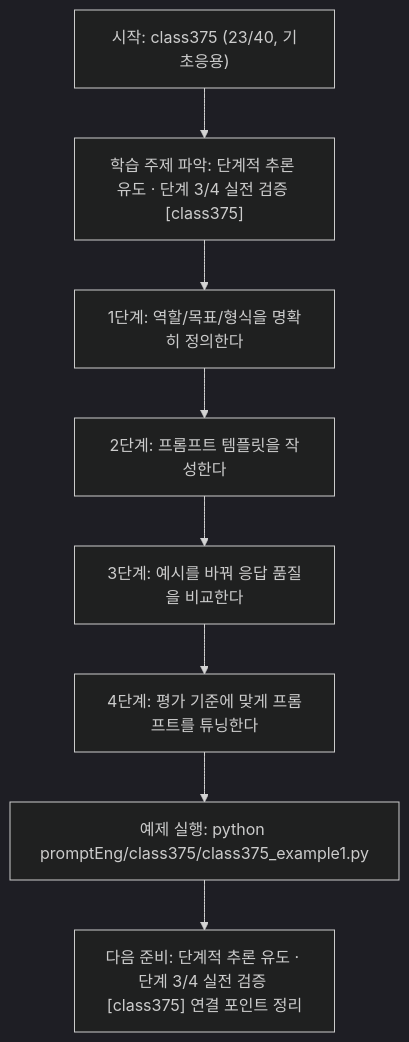
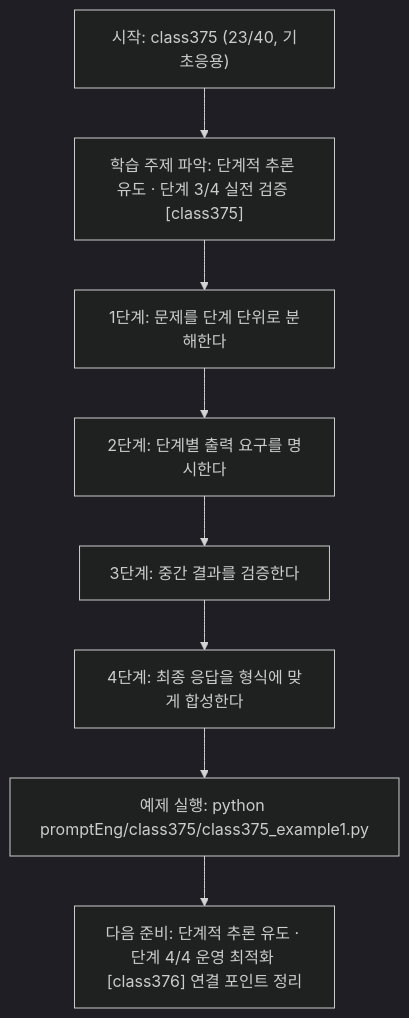
Before and after one commit to edumgt/Python-AI_Agent-Class: the diagram in promptEng/class375/class375.md, drawn with Mermaid (dark theme). The commit also changed other lines of this file and 283 other files, not shown here.

````diff
--- a/promptEng/class375/class375.md
+++ b/promptEng/class375/class375.md
@@ -110,18 +91,18 @@
 ```mermaid
 flowchart TD
 N1["시작: class375 (23/40, 기초응용)"]
 N2["학습 주제 파악: 단계적 추론 유도 · 단계 3/4 실전 검증 [class375]"]
-N3["1단계: 역할/목표/형식을 명확히 정의한다"]
-N4["2단계: 프롬프트 템플릿을 작성한다"]
-N5["3단계: 예시를 바꿔 응답 품질을 비교한다"]
-N6["4단계: 평가 기준에 맞게 프롬프트를 튜닝한다"]
+N3["1단계: 문제를 단계 단위로 분해한다"]
+N4["2단계: 단계별 출력 요구를 명시한다"]
+N5["3단계: 중간 결과를 검증한다"]
+N6["4단계: 최종 응답을 형식에 맞게 합성한다"]
 N7["예제 실행: python promptEng/class375/class375_example1.py"]
-N8["다음 준비: 단계적 추론 유도 · 단계 3/4 실전 검증 [class375] 연결 포인트 정리"]
+N8["다음 준비: 단계적 추론 유도 · 단계 4/4 운영 최적화 [class376] 연결 포인트 정리"]
 N1 --> N2
 N2 --> N3
 N3 --> N4
 N4 --> N5
 N5 --> N6
 N6 --> N7
 N7 --> N8
 ```
````
